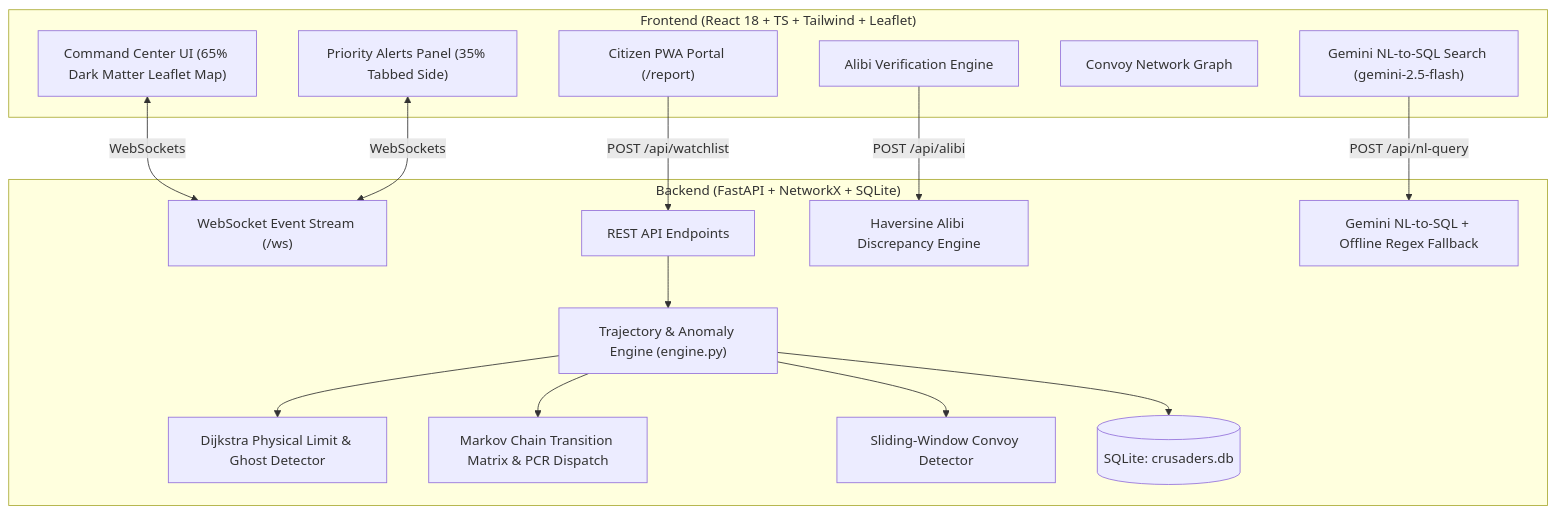
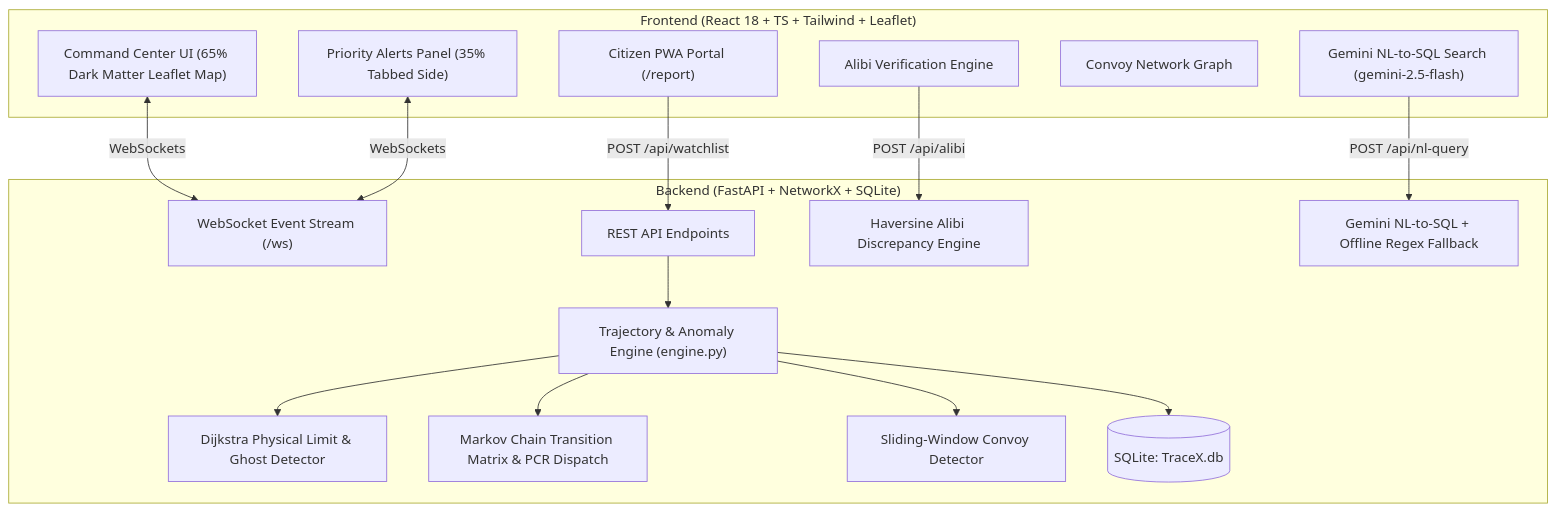
The diagram in README.md (Vansh2916/TraceX), drawn with Mermaid before and after one commit. The commit also changed other lines of this file, not shown here.

````diff
--- a/README.md
+++ b/README.md
@@ -9,34 +9,34 @@
 ```mermaid
 flowchart TD
     subgraph Client ["Frontend (React 18 + TS + Tailwind + Leaflet)"]
         UI["Command Center UI (65% Dark Matter Leaflet Map)"]
         Alerts["Priority Alerts Panel (35% Tabbed Side)"]
         NL["Gemini NL-to-SQL Search (gemini-2.5-flash)"]
         Alibi["Alibi Verification Engine"]
         ConvoyUI["Convoy Network Graph"]
         PWA["Citizen PWA Portal (/report)"]
     end
 
     subgraph Server ["Backend (FastAPI + NetworkX + SQLite)"]
         WS["WebSocket Event Stream (/ws)"]
         API["REST API Endpoints"]
         Engine["Trajectory & Anomaly Engine (engine.py)"]
         Dijkstra["Dijkstra Physical Limit & Ghost Detector"]
         Markov["Markov Chain Transition Matrix & PCR Dispatch"]
         ConvoyDet["Sliding-Window Convoy Detector"]
         AlibiEng["Haversine Alibi Discrepancy Engine"]
         NLSQL["Gemini NL-to-SQL + Offline Regex Fallback"]
-        DB[(SQLite: crusaders.db)]
+        DB[(SQLite: TraceX.db)]
     end
 
     UI <-->|WebSockets| WS
     Alerts <-->|WebSockets| WS
     NL -->|POST /api/nl-query| NLSQL
     Alibi -->|POST /api/alibi| AlibiEng
     PWA -->|POST /api/watchlist| API
     API --> Engine
     Engine --> Dijkstra
     Engine --> Markov
     Engine --> ConvoyDet
     Engine --> DB
 ```
````
